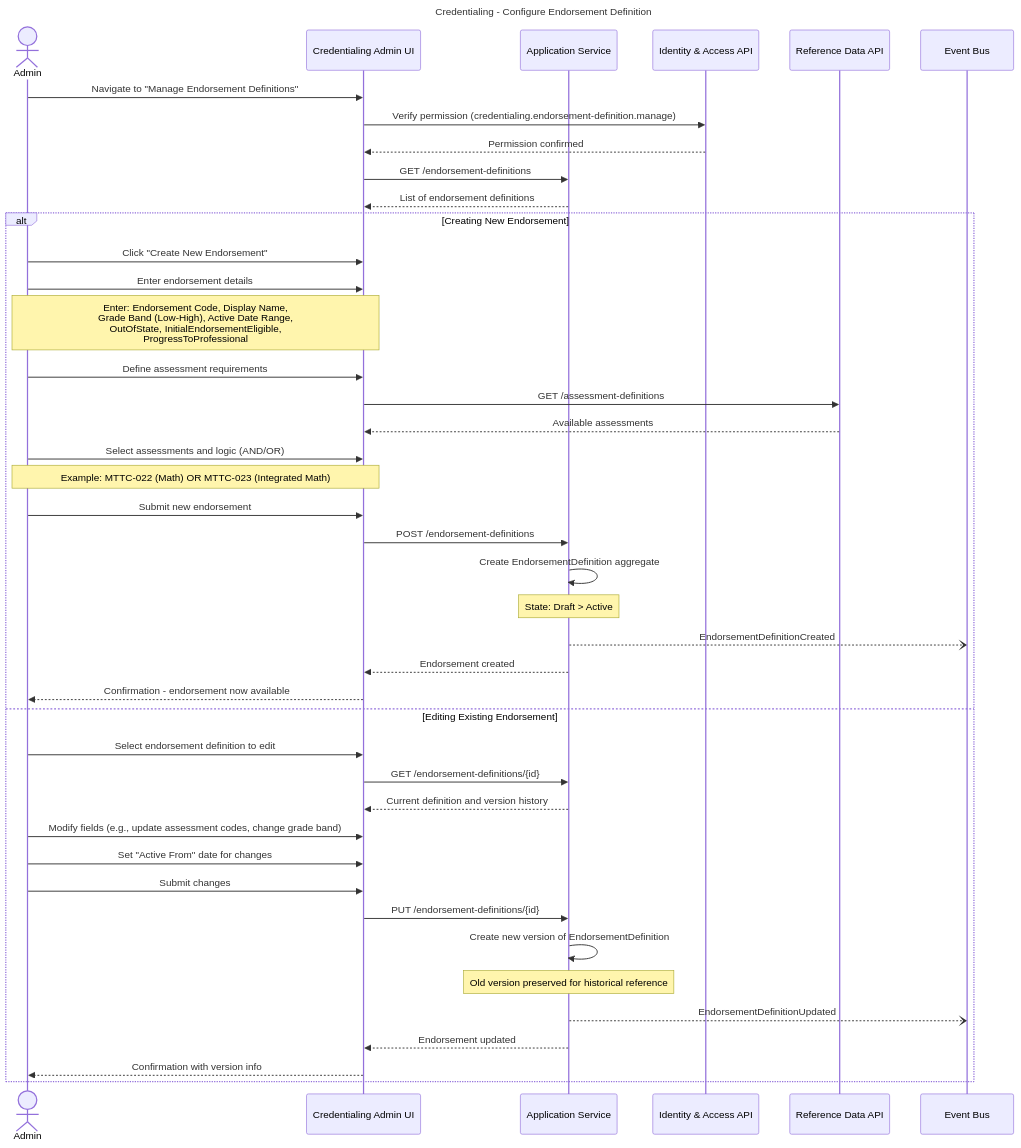
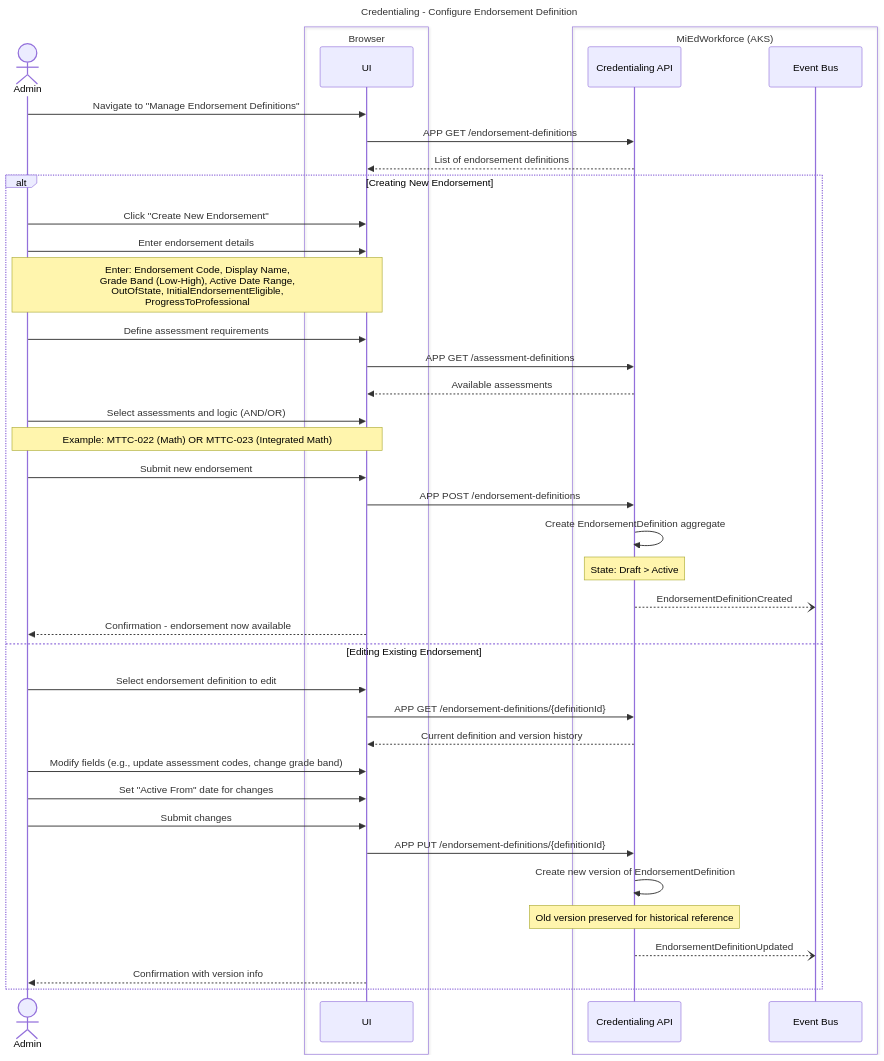
One commit to mnichols-dl/mied-design changed diagram 19 of 23 in working-docs/solution-areas/credentialing/credentialing-sequences.md. Above: the diagram before and after it, drawn with Mermaid. The commit also changed other lines of this file and 34 other files, not shown here.

Commit message:
Update sequences and perform RTM assessment

````diff
--- a/working-docs/solution-areas/credentialing/credentialing-sequences.md
+++ b/working-docs/solution-areas/credentialing/credentialing-sequences.md
@@ -1051,61 +1189,58 @@
 ```mermaid
 ---
 title: Credentialing - Configure Endorsement Definition
 ---
 sequenceDiagram
     actor Admin
-    participant UI as Credentialing Admin UI
-    participant AppService as Application Service
-    participant IAM as Identity & Access API
-    participant RefData as Reference Data API
-    participant EventBus as Event Bus
-    
+    box Browser
+        participant UI
+    end
+    box MiEdWorkforce (AKS)
+        participant CredApi as Credentialing API
+        participant EventBus as Event Bus
+    end
+
     Admin->>UI: Navigate to "Manage Endorsement Definitions"
-    UI->>IAM: Verify permission (credentialing.endorsement-definition.manage)
-    IAM-->>UI: Permission confirmed
-    
-    UI->>AppService: GET /endorsement-definitions
-    AppService-->>UI: List of endorsement definitions
-    
+    UI->>CredApi: APP GET /endorsement-definitions
+    CredApi-->>UI: List of endorsement definitions
+
     alt Creating New Endorsement
         Admin->>UI: Click "Create New Endorsement"
-        
+
         Admin->>UI: Enter endorsement details
         Note over Admin,UI: Enter: Endorsement Code, Display Name,<br/>Grade Band (Low-High), Active Date Range,<br/>OutOfState, InitialEndorsementEligible,<br/>ProgressToProfessional
-        
+
         Admin->>UI: Define assessment requirements
-        UI->>RefData: GET /assessment-definitions
-        RefData-->>UI: Available assessments
-        
+        UI->>CredApi: APP GET /assessment-definitions
+        CredApi-->>UI: Available assessments
+
         Admin->>UI: Select assessments and logic (AND/OR)
         Note over Admin,UI: Example: MTTC-022 (Math) OR MTTC-023 (Integrated Math)
-        
+
         Admin->>UI: Submit new endorsement
-        UI->>AppService: POST /endorsement-definitions
-        
-        AppService->>AppService: Create EndorsementDefinition aggregate
-        Note over AppService: State: Draft > Active
-        
-        AppService--)EventBus: EndorsementDefinitionCreated
-        AppService-->>UI: Endorsement created
+        UI->>CredApi: APP POST /endorsement-definitions
+
+        CredApi->>CredApi: Create EndorsementDefinition aggregate
+        Note over CredApi: State: Draft > Active
+
+        CredApi--)EventBus: EndorsementDefinitionCreated
         UI-->>Admin: Confirmation - endorsement now available
-        
+
     else Editing Existing Endorsement
         Admin->>UI: Select endorsement definition to edit
-        UI->>AppService: GET /endorsement-definitions/{id}
-        AppService-->>UI: Current definition and version history
-        
+        UI->>CredApi: APP GET /endorsement-definitions/{definitionId}
+        CredApi-->>UI: Current definition and version history
+
         Admin->>UI: Modify fields (e.g., update assessment codes, change grade band)
         Admin->>UI: Set "Active From" date for changes
-        
+
         Admin->>UI: Submit changes
-        UI->>AppService: PUT /endorsement-definitions/{id}
-        
-        AppService->>AppService: Create new version of EndorsementDefinition
-        Note over AppService: Old version preserved for historical reference
-        
-        AppService--)EventBus: EndorsementDefinitionUpdated
-        AppService-->>UI: Endorsement updated
+        UI->>CredApi: APP PUT /endorsement-definitions/{definitionId}
+
+        CredApi->>CredApi: Create new version of EndorsementDefinition
+        Note over CredApi: Old version preserved for historical reference
+
+        CredApi--)EventBus: EndorsementDefinitionUpdated
         UI-->>Admin: Confirmation with version info
     end
 ```
````
